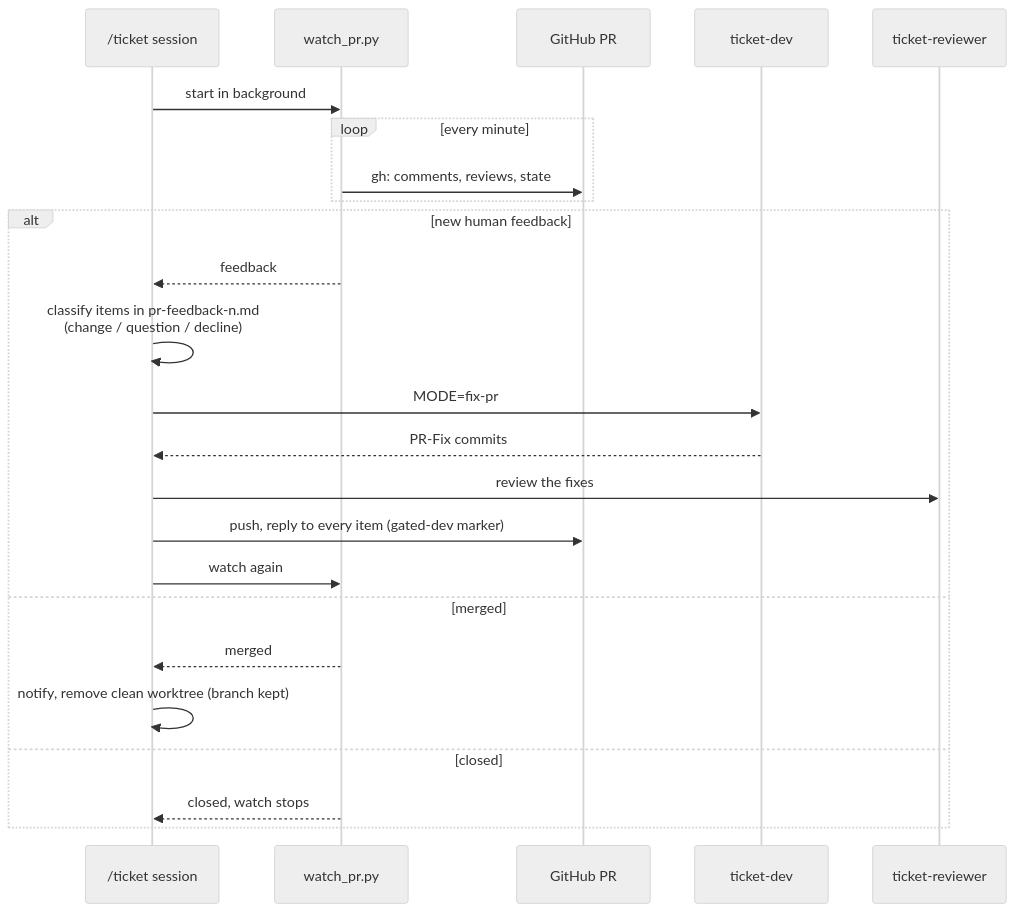
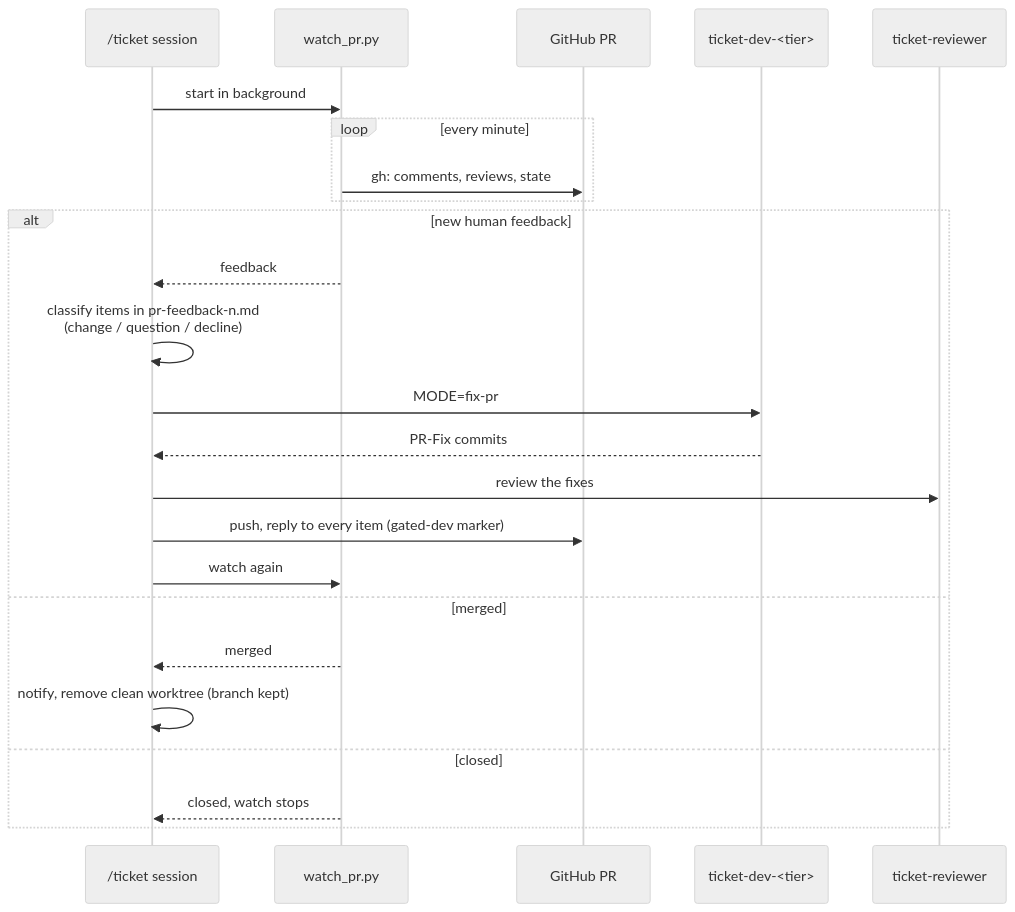
One commit to andy-sem/gep-claude-marketplace changed the third of 5 diagrams in plugins/gated-dev-simple-workflow/README.md. Above: the diagram before and after it, drawn with Mermaid (neutral theme). The commit also changed other lines of this file and 3 other files, not shown here.

````diff
--- a/plugins/gated-dev-simple-workflow/README.md
+++ b/plugins/gated-dev-simple-workflow/README.md
@@ -90,26 +90,26 @@
 ```mermaid
 sequenceDiagram
     participant O as /ticket session
     participant W as watch_pr.py
     participant GH as GitHub PR
-    participant Dev as ticket-dev
+    participant Dev as ticket-dev-<tier>
     participant Rev as ticket-reviewer
     O->>W: start in background
     loop every minute
         W->>GH: gh: comments, reviews, state
     end
     alt new human feedback
         W-->>O: feedback
         O->>O: classify items in pr-feedback-n.md<br/>(change / question / decline)
         O->>Dev: MODE=fix-pr
         Dev-->>O: PR-Fix commits
         O->>Rev: review the fixes
         O->>GH: push, reply to every item (gated-dev marker)
         O->>W: watch again
     else merged
         W-->>O: merged
         O->>O: notify, remove clean worktree (branch kept)
     else closed
         W-->>O: closed, watch stops
     end
 ```
````
